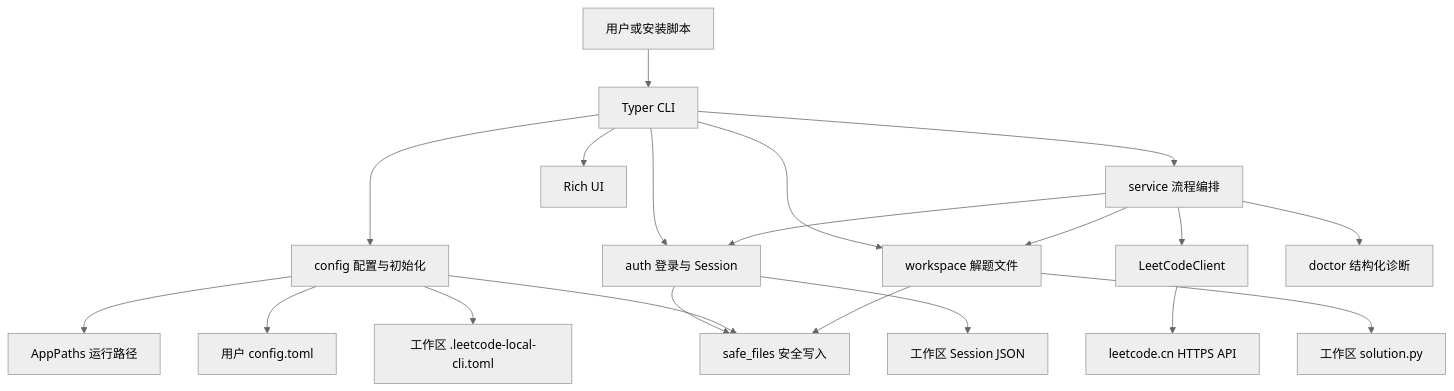
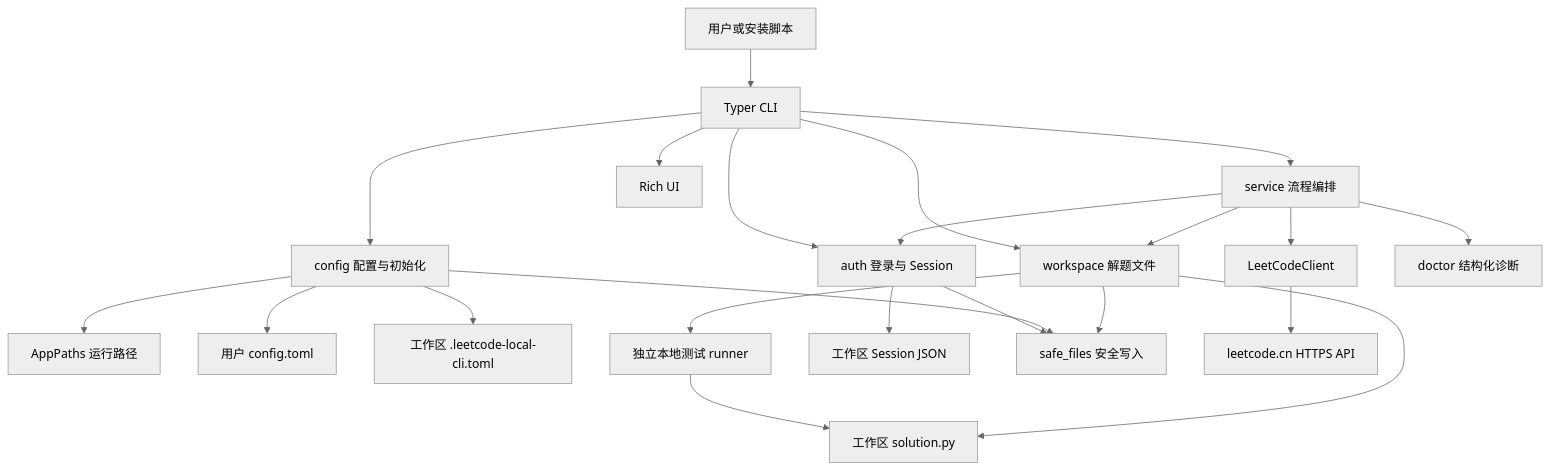
The diagram in docs/ARCHITECTURE.md (Aetherialter/leetcode-cn-local-cli), drawn with Mermaid (neutral theme) before and after one commit. The commit also changed other lines of this file and 15 other files, not shown here.

````diff
--- a/docs/ARCHITECTURE.md
+++ b/docs/ARCHITECTURE.md
@@ -11,22 +11,24 @@
 ```mermaid
 flowchart TD
     USER["用户或安装脚本"] --> CLI["Typer CLI"]
     CLI --> CONFIG["config 配置与初始化"]
     CONFIG --> PATHS["AppPaths 运行路径"]
     CONFIG --> USERCFG["用户 config.toml"]
     CONFIG --> WORKCFG["工作区 .leetcode-local-cli.toml"]
     CLI --> SERVICE["service 流程编排"]
     CLI --> AUTH["auth 登录与 Session"]
     CLI --> WORKSPACE["workspace 解题文件"]
     SERVICE --> AUTH
     SERVICE --> CLIENT["LeetCodeClient"]
     SERVICE --> DOCTOR["doctor 结构化诊断"]
     SERVICE --> WORKSPACE
+    WORKSPACE --> TESTRUNNER["独立本地测试 runner"]
+    TESTRUNNER --> SOLUTION
     AUTH --> SESSION["工作区 Session JSON"]
     WORKSPACE --> SOLUTION["工作区 solution.py"]
     AUTH --> SAFEFILES["safe_files 安全写入"]
     CONFIG --> SAFEFILES
     WORKSPACE --> SAFEFILES
     CLIENT --> CN["leetcode.cn HTTPS API"]
     CLI --> UI["Rich UI"]
 ```
````
